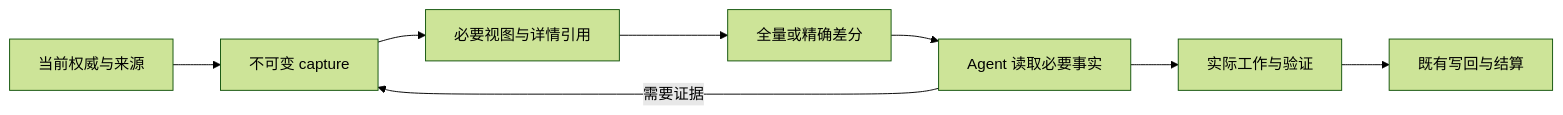
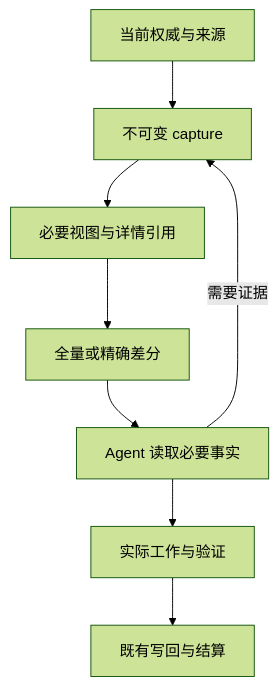
One commit to loopx-project/loopx changed the diagram in docs/guides/context-delivery.zh-CN.md. Above: the diagram before and after it, drawn with Mermaid (forest theme). The commit also changed 1 other file, not shown here.

Commit message:
docs: keep the context flow readable on narrow screens

````diff
--- a/docs/guides/context-delivery.zh-CN.md
+++ b/docs/guides/context-delivery.zh-CN.md
@@ -23,10 +23,10 @@
 ```mermaid
-flowchart LR
+flowchart TD
   A[当前权威与来源] --> B[不可变 capture]
   B --> C[必要视图与详情引用]
   C --> D[全量或精确差分]
   D --> E[Agent 读取必要事实]
   E --> F[实际工作与验证]
   F --> G[既有写回与结算]
   E -->|需要证据| B
 ```
````
